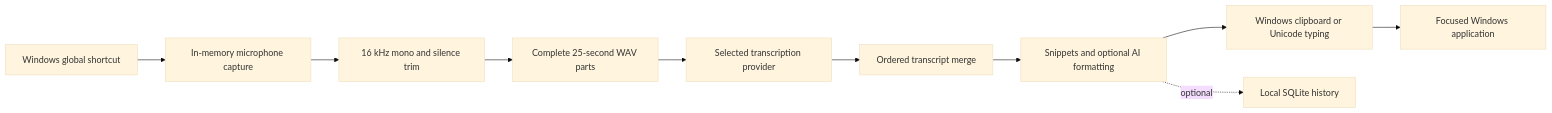
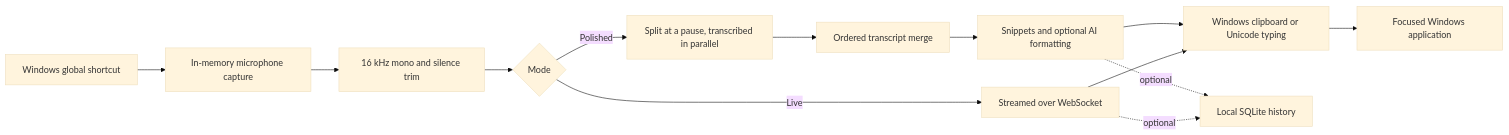
The diagram in README.md (Vkandil/dictum), drawn with Mermaid (base theme) before and after one commit. The commit also changed other lines of this file and 1 other file, not shown here.

````diff
--- a/README.md
+++ b/README.md
@@ -292,12 +299,15 @@
 ```mermaid
 flowchart LR
     A[Windows global shortcut] --> B[In-memory microphone capture]
     B --> C[16 kHz mono and silence trim]
-    C --> D[Complete 25-second WAV parts]
-    D --> E[Selected transcription provider]
+    C --> D{Mode}
+    D -- Polished --> E[Split at a pause, transcribed in parallel]
     E --> F[Ordered transcript merge]
     F --> G[Snippets and optional AI formatting]
     G --> H[Windows clipboard or Unicode typing]
+    D -- Live --> K[Streamed over WebSocket]
+    K --> H
     H --> I[Focused Windows application]
     G -. optional .-> J[Local SQLite history]
+    K -. optional .-> J
 ```
````
